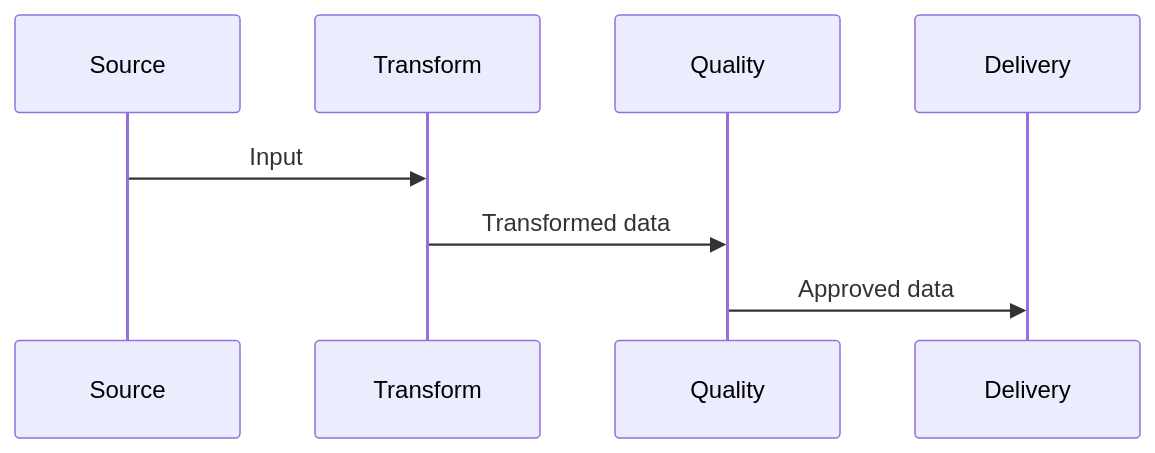
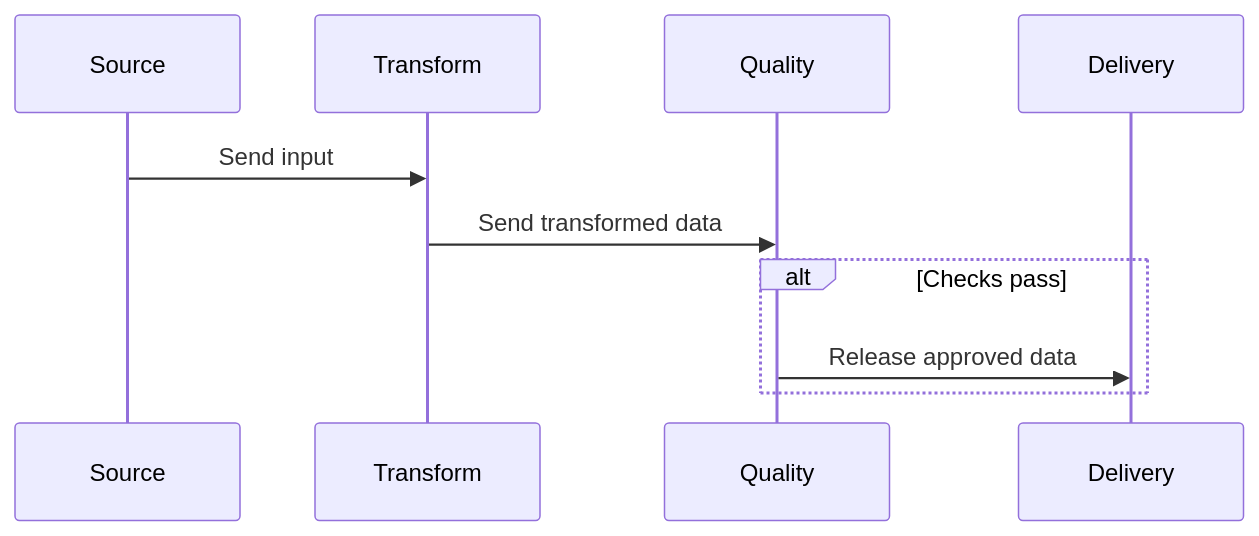
One commit to mols3131d/mols-agent-assets changed the fifth of 6 diagrams in src/rulesync/.rulesync/skills/mols-mermaid-diagram/references/examples/sequence-diagram.md. Above: the diagram before and after it, drawn with Mermaid. The commit also changed other lines of this file and 17 other files, not shown here.

Commit message:
feat(mermaid): viewport 및 reference 지침 개선

````diff
--- a/src/rulesync/.rulesync/skills/mols-mermaid-diagram/references/examples/sequence-diagram.md
+++ b/src/rulesync/.rulesync/skills/mols-mermaid-diagram/references/examples/sequence-diagram.md
@@ -99,11 +97,13 @@
 ```mermaid
 sequenceDiagram
     participant Source
     participant Transform
     participant Quality
     participant Delivery
 
-    Source->>Transform: Input
-    Transform->>Quality: Transformed data
-    Quality->>Delivery: Approved data
+    Source->>Transform: Send input
+    Transform->>Quality: Send transformed data
+    alt Checks pass
+        Quality->>Delivery: Release approved data
+    end
 ```
````
